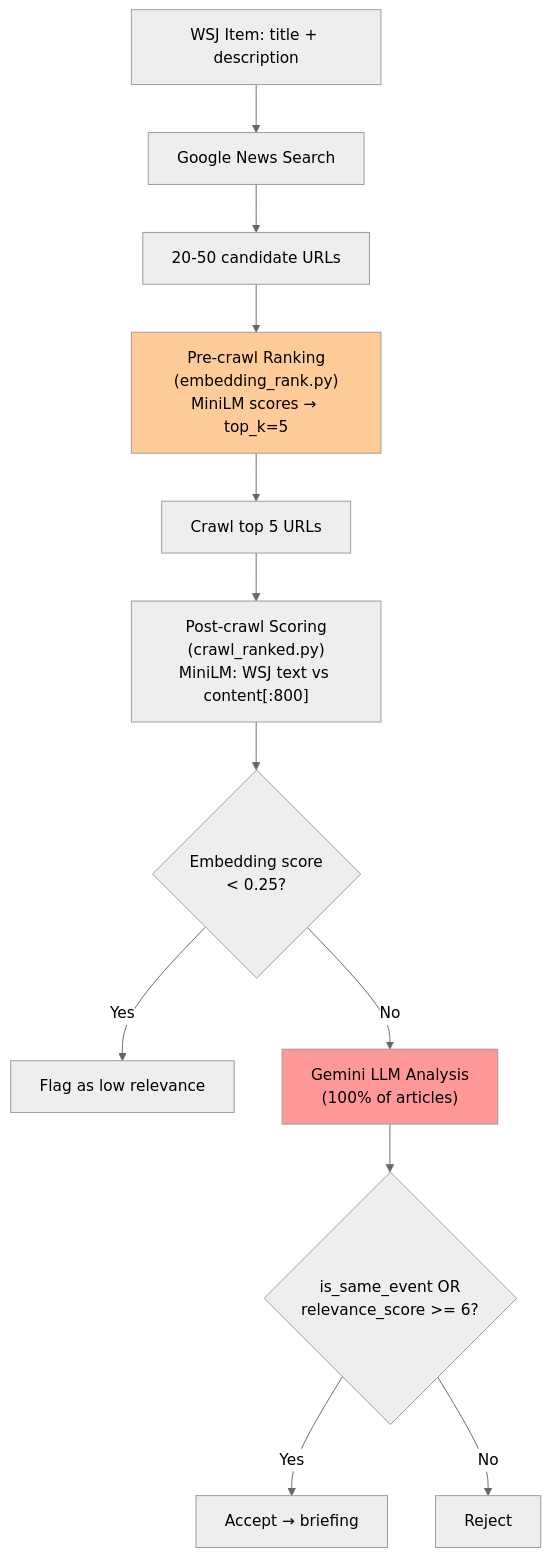
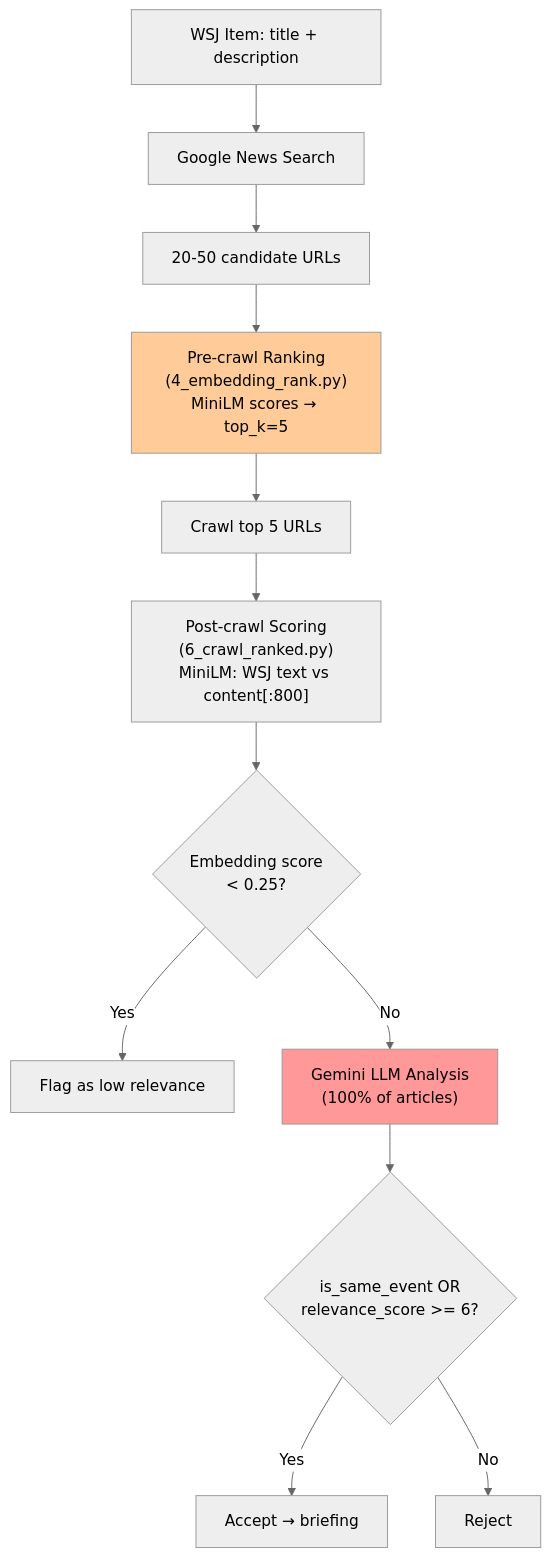
Before and after one commit to choym92/araverus: the first of 8 diagrams in docs/1.3-embedding-ab-test.md, drawn with Mermaid (neutral theme). The commit also changed other lines of this file and 34 other files, not shown here.

````diff
--- a/docs/1.3-embedding-ab-test.md
+++ b/docs/1.3-embedding-ab-test.md
@@ -17,17 +17,17 @@
 ```mermaid
 flowchart TD
     A[WSJ Item: title + description] --> B[Google News Search]
     B --> C[20-50 candidate URLs]
-    C --> D["Pre-crawl Ranking<br/>(embedding_rank.py)<br/>MiniLM scores → top_k=5"]
+    C --> D["Pre-crawl Ranking<br/>(4_embedding_rank.py)<br/>MiniLM scores → top_k=5"]
     D --> E[Crawl top 5 URLs]
-    E --> F["Post-crawl Scoring<br/>(crawl_ranked.py)<br/>MiniLM: WSJ text vs content[:800]"]
+    E --> F["Post-crawl Scoring<br/>(6_crawl_ranked.py)<br/>MiniLM: WSJ text vs content[:800]"]
     F --> G{"Embedding score<br/>< 0.25?"}
     G -->|Yes| H[Flag as low relevance]
     G -->|No| I["Gemini LLM Analysis<br/>(100% of articles)"]
     I --> J{is_same_event OR<br/>relevance_score >= 6?}
     J -->|Yes| K[Accept → briefing]
     J -->|No| L[Reject]
 
     style I fill:#ff9999
     style D fill:#ffcc99
 ```
````
